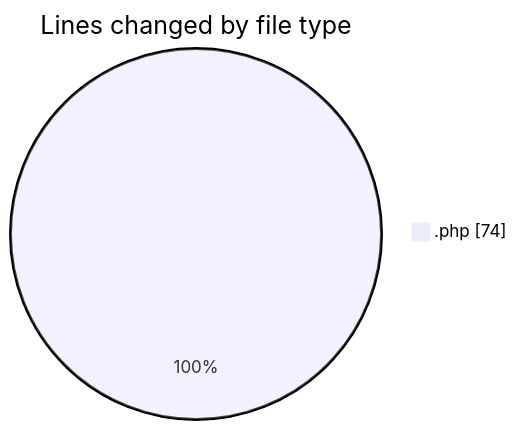
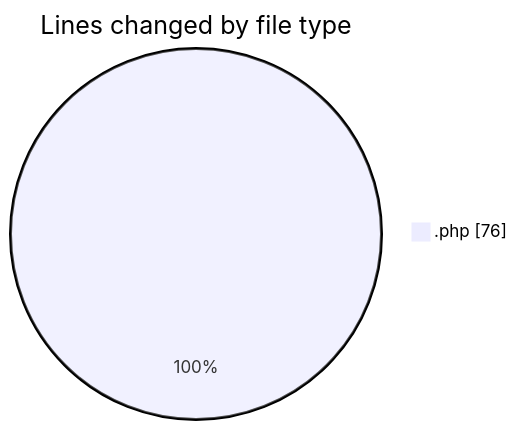
One commit to LanceThiago/code-tracking changed the first of 2 diagrams in 2025-04-14/web/README.md. Above: the diagram before and after it, drawn with Mermaid. The commit also changed other lines of this file and 1 other file, not shown here.

````diff
--- a/2025-04-14/web/README.md
+++ b/2025-04-14/web/README.md
@@ -21,5 +21,5 @@
 ```mermaid
 pie showData
 title Lines changed by file type
-".php" : 74
+".php" : 76
 ```
````
